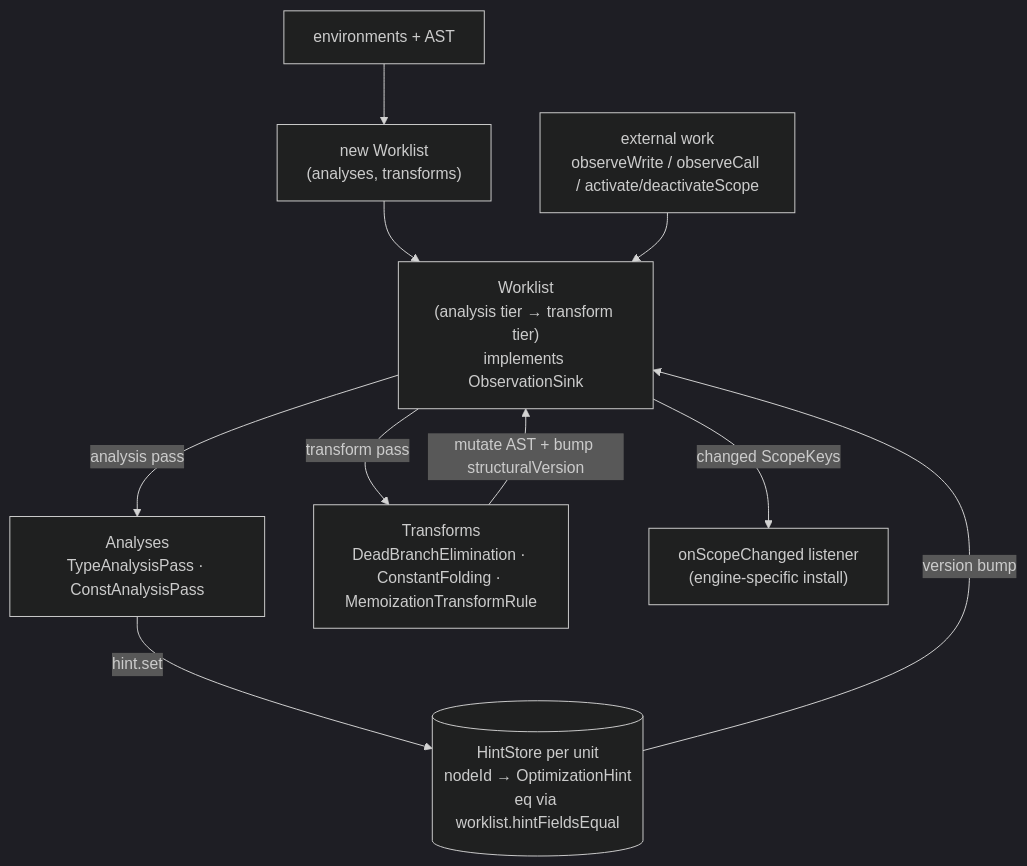
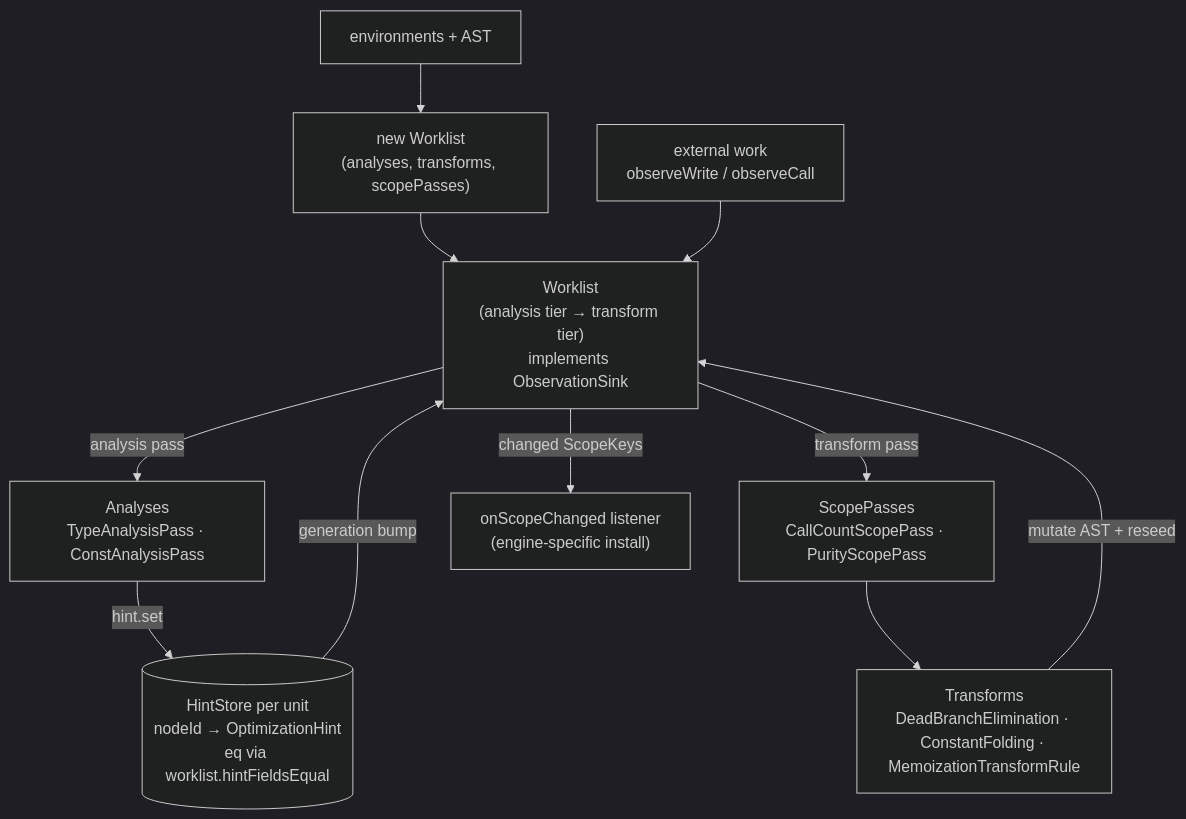
Before and after one commit to loyaltypollution/py-slang: the third of 6 diagrams in docs/compilation-flow.md, drawn with Mermaid (dark theme). The commit also changed other lines of this file and 33 other files, not shown here.

````diff
--- a/docs/compilation-flow.md
+++ b/docs/compilation-flow.md
@@ -169,19 +162,20 @@
 ```mermaid
 flowchart TB
     RESOLVE["environments + AST"]
-    BUILD["new Worklist<br/>(analyses, transforms)"]
+    BUILD["new Worklist<br/>(analyses, transforms, scopePasses)"]
     PW["Worklist<br/>(analysis tier → transform tier)<br/>implements ObservationSink"]
     ANA["Analyses<br/>TypeAnalysisPass · ConstAnalysisPass"]
+    SP["ScopePasses<br/>CallCountScopePass · PurityScopePass"]
     XF["Transforms<br/>DeadBranchElimination · ConstantFolding · MemoizationTransformRule"]
     HS[("HintStore per unit<br/>nodeId → OptimizationHint<br/>eq via worklist.hintFieldsEqual")]
     PATCH["onScopeChanged listener<br/>(engine-specific install)"]
 
     RESOLVE --> BUILD --> PW
     PW -->|analysis pass| ANA -->|hint.set| HS
-    PW -->|transform pass| XF -->|mutate AST + bump structuralVersion| PW
-    HS -->|version bump| PW
+    PW -->|transform pass| SP --> XF -->|mutate AST + reseed| PW
+    HS -->|generation bump| PW
     PW -->|changed ScopeKeys| PATCH
 
-    EXT["external work<br/>observeWrite / observeCall / activate/deactivateScope"]
+    EXT["external work<br/>observeWrite / observeCall"]
     EXT --> PW
 ```
````
